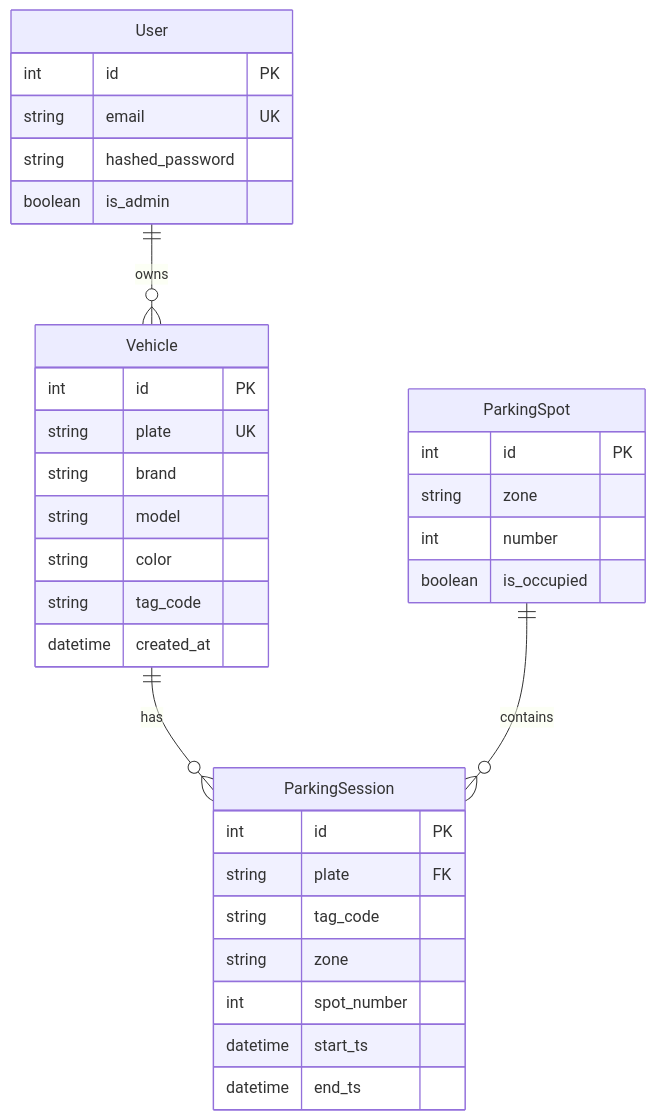
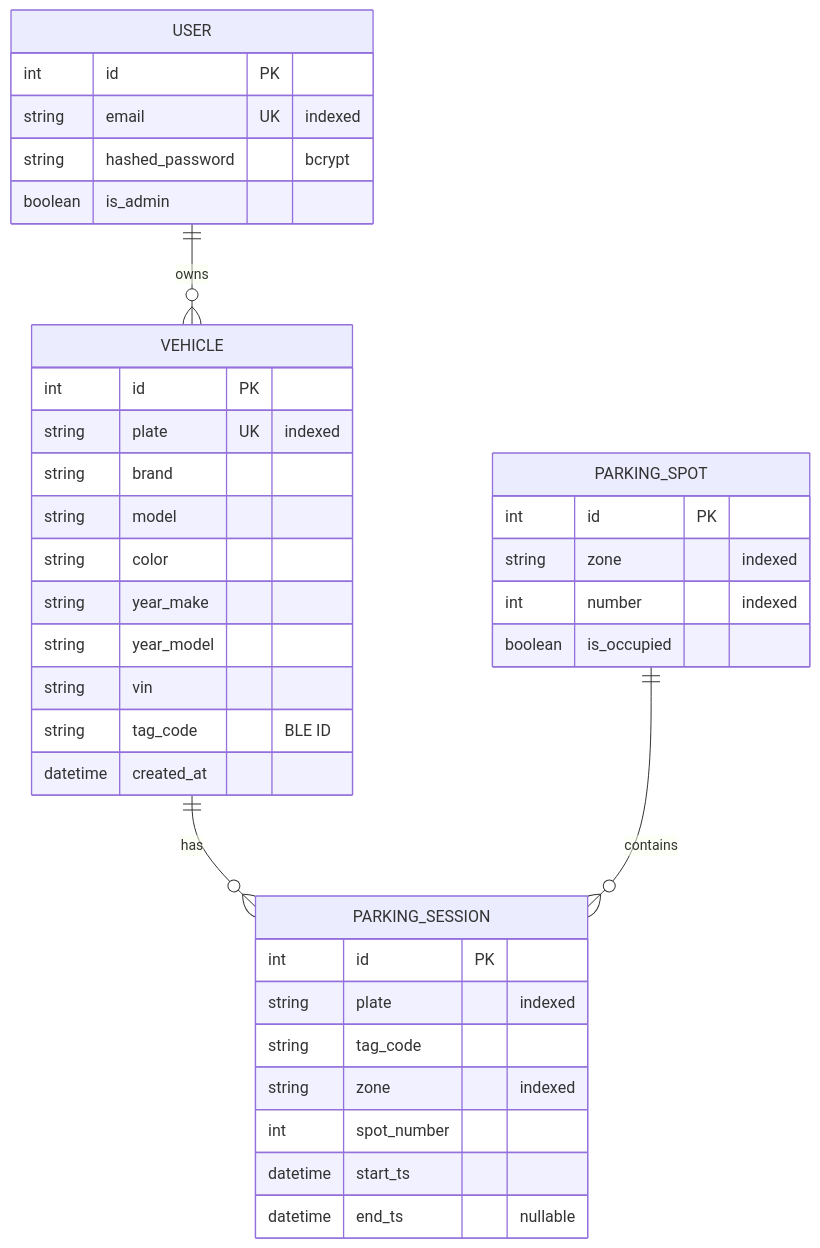
The seventh of 7 diagrams in mobile/next-android/README.md (carmipa/NEXT-2025), drawn with Mermaid before and after one commit. The commit also changed other lines of this file and 16 other files, not shown here.

````diff
--- a/mobile/next-android/README.md
+++ b/mobile/next-android/README.md
@@ -735,40 +1067,43 @@
 ```mermaid
 erDiagram
-    User ||--o{ Vehicle : owns
-    Vehicle ||--o{ ParkingSession : has
-    ParkingSpot ||--o{ ParkingSession : contains
+    USER ||--o{ VEHICLE : owns
+    VEHICLE ||--o{ PARKING_SESSION : has
+    PARKING_SPOT ||--o{ PARKING_SESSION : contains
     
-    User {
+    USER {
         int id PK
-        string email UK
-        string hashed_password
+        string email UK "indexed"
+        string hashed_password "bcrypt"
         boolean is_admin
     }
     
-    Vehicle {
+    VEHICLE {
         int id PK
-        string plate UK
+        string plate UK "indexed"
         string brand
         string model
         string color
-        string tag_code
+        string year_make
+        string year_model
+        string vin
+        string tag_code "BLE ID"
         datetime created_at
     }
     
-    ParkingSpot {
+    PARKING_SPOT {
         int id PK
-        string zone
-        int number
+        string zone "indexed"
+        int number "indexed"
         boolean is_occupied
     }
     
-    ParkingSession {
+    PARKING_SESSION {
         int id PK
-        string plate FK
+        string plate "indexed"
         string tag_code
-        string zone
+        string zone "indexed"
         int spot_number
         datetime start_ts
-        datetime end_ts
+        datetime end_ts "nullable"
     }
 ```
````
